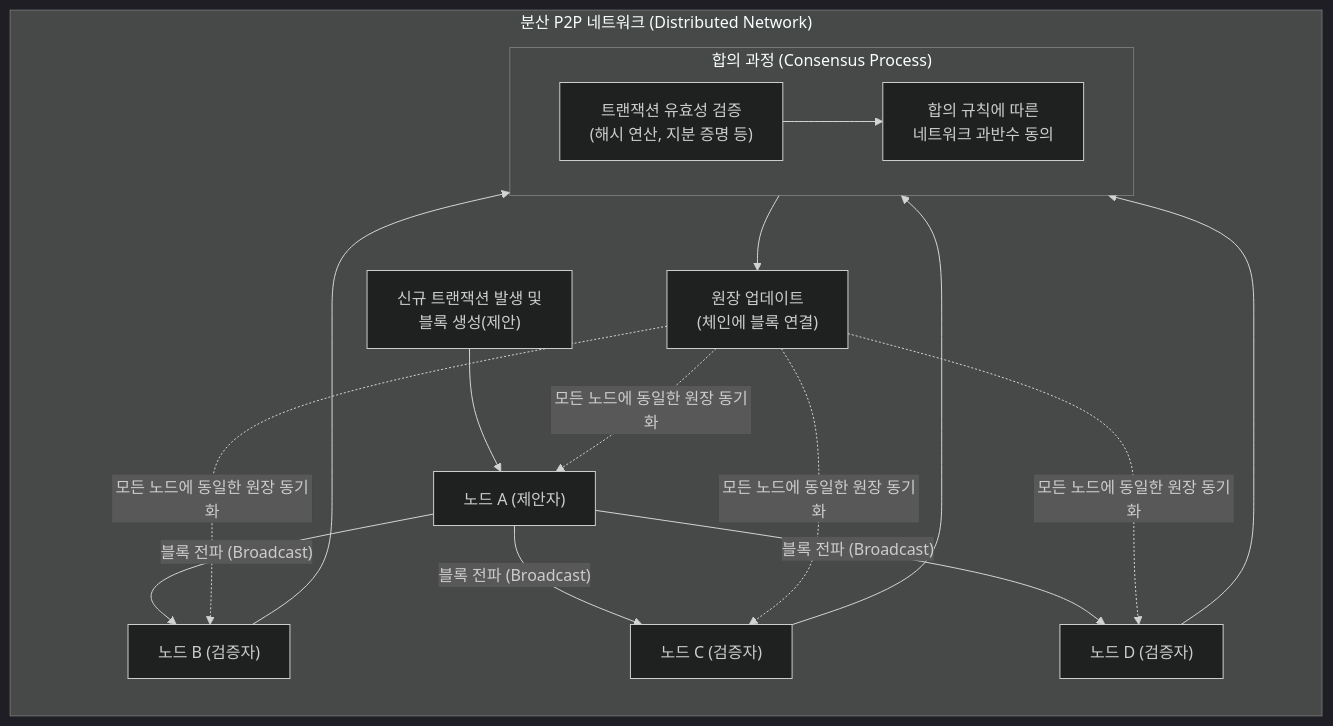
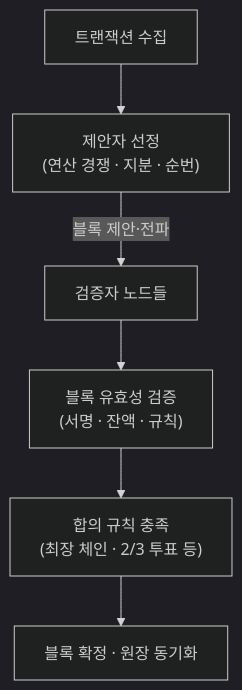
Before and after one commit to supremethumb/supremethumb.github.io: the diagram in content/01_IT Tech/합의 알고리즘.md, drawn with Mermaid (dark theme). The commit also changed other lines of this file and 1087 other files, not shown here.

````diff
--- a/content/01_IT Tech/합의 알고리즘.md
+++ b/content/01_IT Tech/합의 알고리즘.md
@@ -32,27 +35,8 @@
 ```mermaid
 flowchart TD
-    subgraph "분산 P2P 네트워크 (Distributed Network)"
-        direction TB
-        NodeA["노드 A (제안자)"]
-        NodeB["노드 B (검증자)"]
-        NodeC["노드 C (검증자)"]
-        NodeD["노드 D (검증자)"]
-        
-        Tx["신규 트랜잭션 발생 및<br/>블록 생성(제안)"] --> NodeA
-        NodeA -- "블록 전파 (Broadcast)" --> NodeB & NodeC & NodeD
-        
-        subgraph "합의 과정 (Consensus Process)"
-            direction LR
-            Validate["트랜잭션 유효성 검증<br/>(해시 연산, 지분 증명 등)"]
-            Agree["합의 규칙에 따른<br/>네트워크 과반수 동의"]
-            
-            Validate --> Agree
-        end
-        
-        NodeB & NodeC & NodeD --> Validate
-        Agree --> Append["원장 업데이트<br/>(체인에 블록 연결)"]
-        
-        Append -. "모든 노드에 동일한 원장 동기화" .-> NodeA & NodeB & NodeC & NodeD
-    end
-
+    Tx["트랜잭션 수집"] --> NodeA["제안자 선정<br/>(연산 경쟁 · 지분 · 순번)"]
+    NodeA -->|"블록 제안·전파"| V["검증자 노드들"]
+    V --> Validate["블록 유효성 검증<br/>(서명 · 잔액 · 규칙)"]
+    Validate --> Agree["합의 규칙 충족<br/>(최장 체인 · 2/3 투표 등)"]
+    Agree --> Append["블록 확정 · 원장 동기화"]
 ```
````
